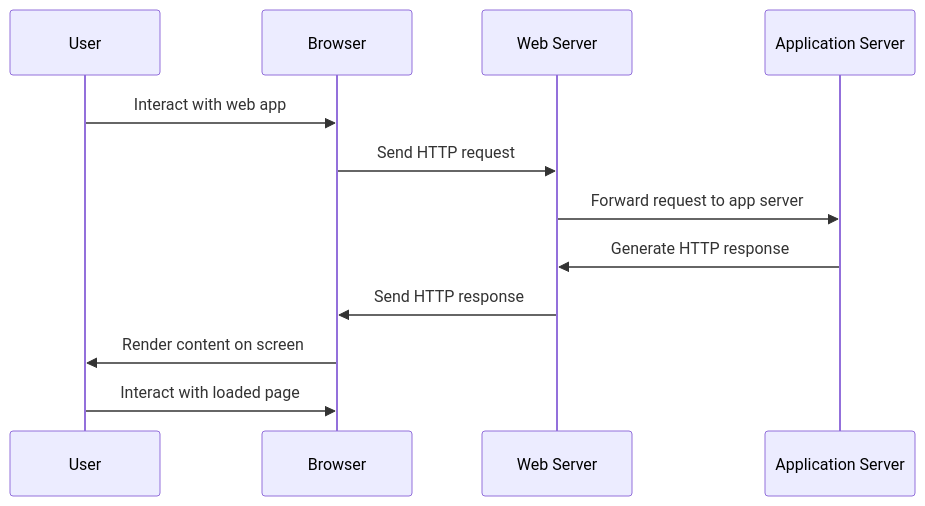
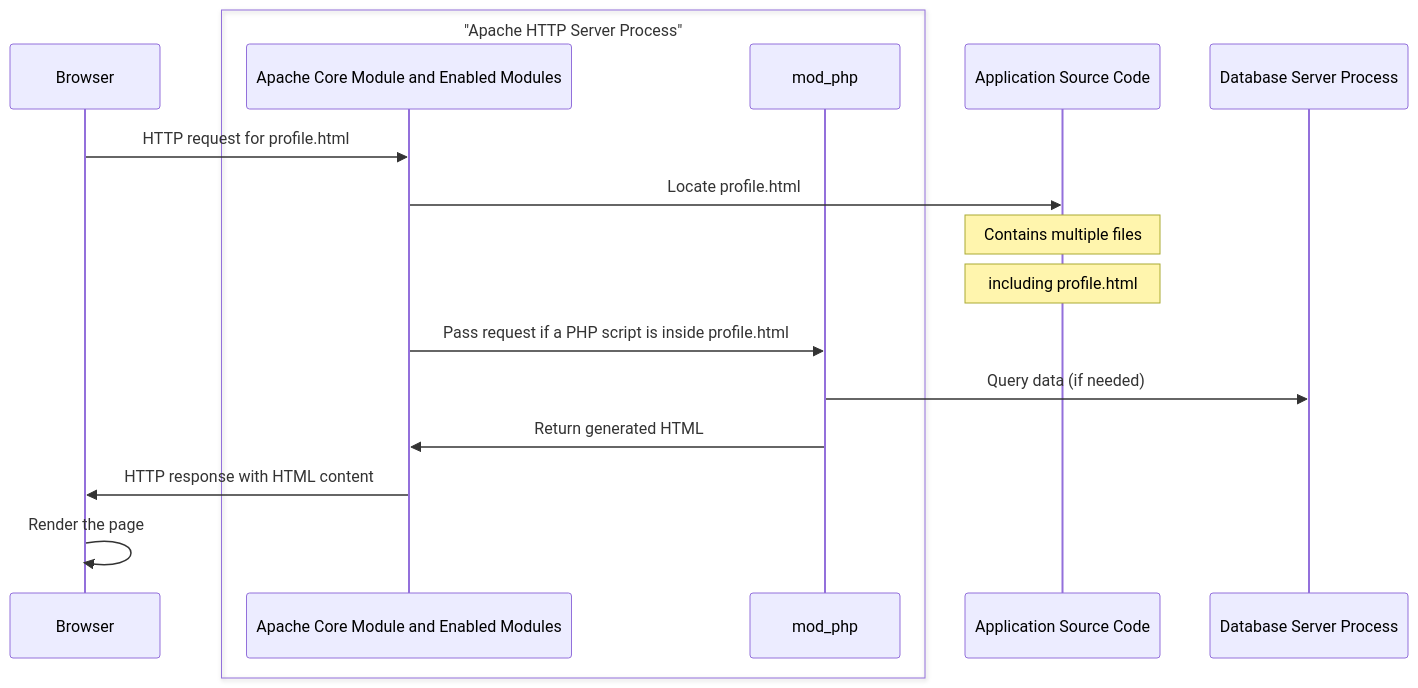
Before and after one commit to bytejutsu/report: the fourth of 4 diagrams in part_2_understanding_web_applications/chapter_2_introduction_to_web_applications/2_web_server.md, drawn with Mermaid. The commit also changed other lines of this file and 1 other file, not shown here.

Commit message:
improvements to the web_server section

````diff
--- a/part_2_understanding_web_applications/chapter_2_introduction_to_web_applications/2_web_server.md
+++ b/part_2_understanding_web_applications/chapter_2_introduction_to_web_applications/2_web_server.md
@@ -126,14 +174,19 @@
 ```mermaid
 sequenceDiagram
-    participant User as User
-    participant Browser as Browser
-    participant WebServer as Web Server
-    participant AppServer as Application Server
-    User->>Browser: Interact with web app
-    Browser->>WebServer: Send HTTP request
-    WebServer->>AppServer: Forward request to app server
-    AppServer->>WebServer: Generate HTTP response
-    WebServer->>Browser: Send HTTP response
-    Browser->>User: Render content on screen
-    User->>Browser: Interact with loaded page
+participant Browser
+box "Apache HTTP Server Process"
+participant Apache as Apache Core Module and Enabled Modules
+participant mod_php
+end
+participant ASC as Application Source Code
+participant Database as Database Server Process
+Browser->>Apache: HTTP request for profile.html
+Apache->>ASC: Locate profile.html
+Note over ASC: Contains multiple files
+Note over ASC: including profile.html
+Apache->>mod_php: Pass request if a PHP script is inside profile.html
+mod_php->>Database: Query data (if needed)
+mod_php->>Apache: Return generated HTML
+Apache->>Browser: HTTP response with HTML content
+Browser->>Browser: Render the page
 ```
````
